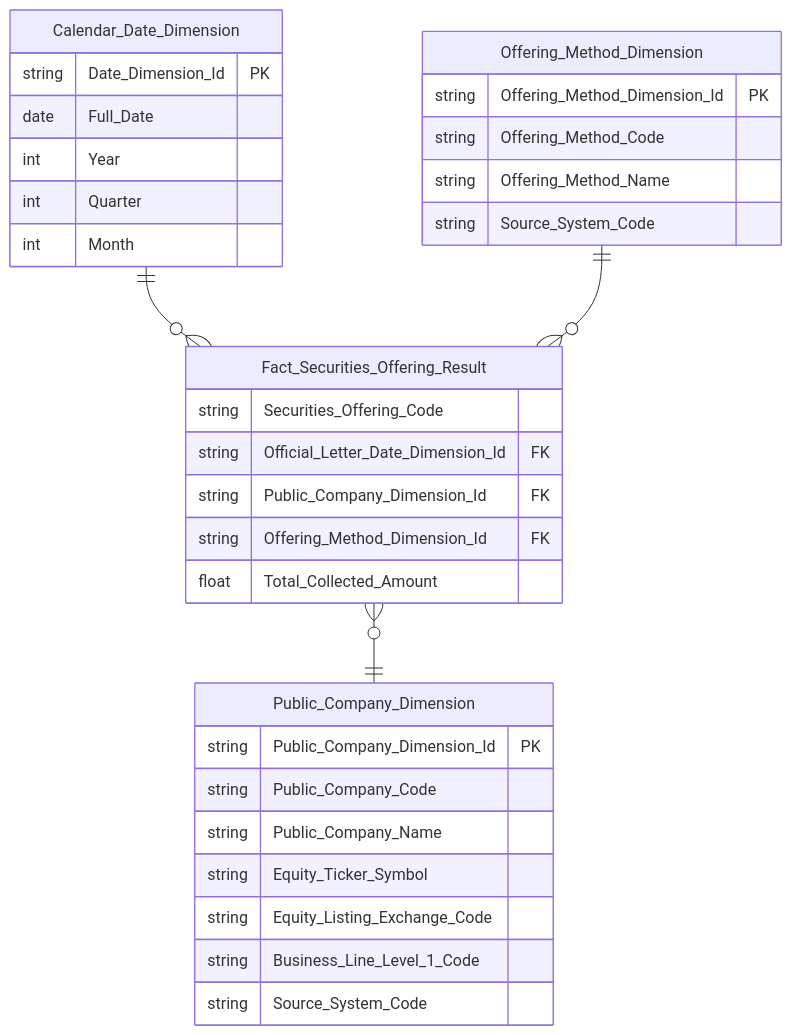
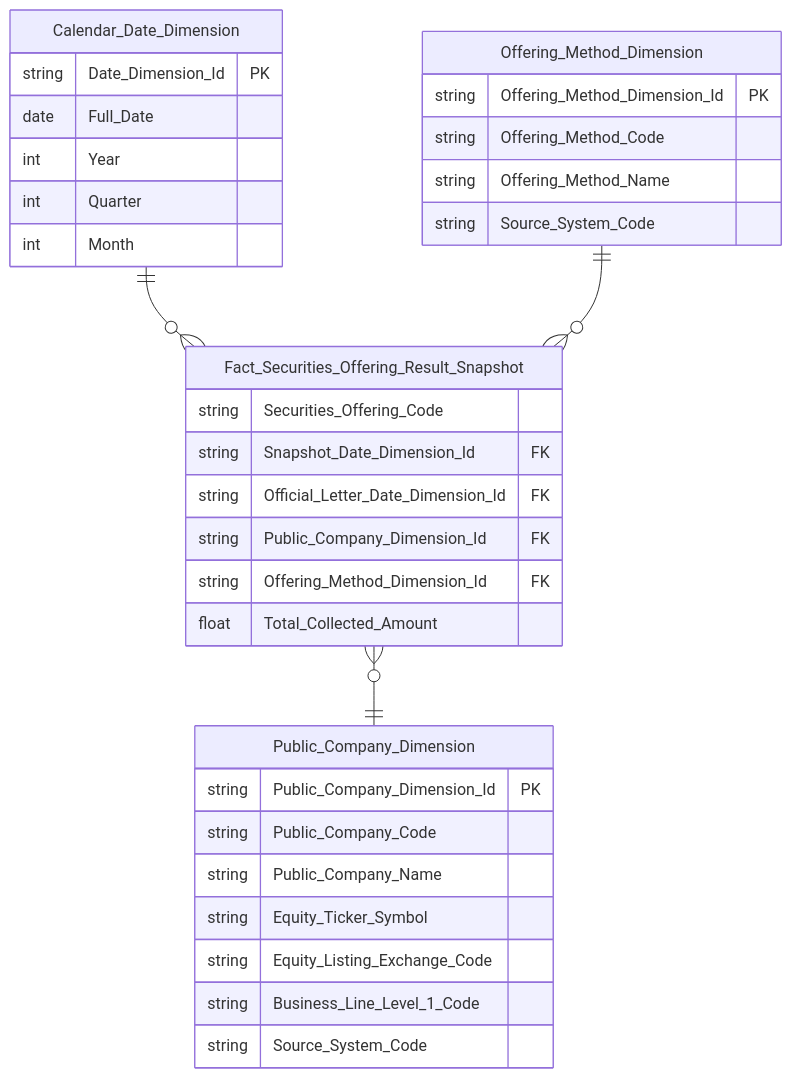
One commit to linhlvit/ubck_atomic_design changed the tenth of 22 diagrams in Datamart/hld/DTM_QLCB_HLD.md. Above: the diagram before and after it, drawn with Mermaid. The commit also changed other lines of this file and 70 other files, not shown here.

````diff
--- a/Datamart/hld/DTM_QLCB_HLD.md
+++ b/Datamart/hld/DTM_QLCB_HLD.md
@@ -504,36 +506,37 @@
 ```mermaid
 erDiagram
     Calendar_Date_Dimension {
         string Date_Dimension_Id PK
         date Full_Date
         int Year
         int Quarter
         int Month
     }
     Offering_Method_Dimension {
         string Offering_Method_Dimension_Id PK
         string Offering_Method_Code
         string Offering_Method_Name
         string Source_System_Code
     }
     Public_Company_Dimension {
         string Public_Company_Dimension_Id PK
         string Public_Company_Code
         string Public_Company_Name
         string Equity_Ticker_Symbol
         string Equity_Listing_Exchange_Code
         string Business_Line_Level_1_Code
         string Source_System_Code
     }
-    Fact_Securities_Offering_Result {
+    Fact_Securities_Offering_Result_Snapshot {
         string Securities_Offering_Code
+        string Snapshot_Date_Dimension_Id FK
         string Official_Letter_Date_Dimension_Id FK
         string Public_Company_Dimension_Id FK
         string Offering_Method_Dimension_Id FK
         float Total_Collected_Amount
     }
 
-    Calendar_Date_Dimension ||--o{ Fact_Securities_Offering_Result : " "
-    Offering_Method_Dimension ||--o{ Fact_Securities_Offering_Result : " "
-    Fact_Securities_Offering_Result }o--|| Public_Company_Dimension : " "
+    Calendar_Date_Dimension ||--o{ Fact_Securities_Offering_Result_Snapshot : " "
+    Offering_Method_Dimension ||--o{ Fact_Securities_Offering_Result_Snapshot : " "
+    Fact_Securities_Offering_Result_Snapshot }o--|| Public_Company_Dimension : " "
 ```
````
